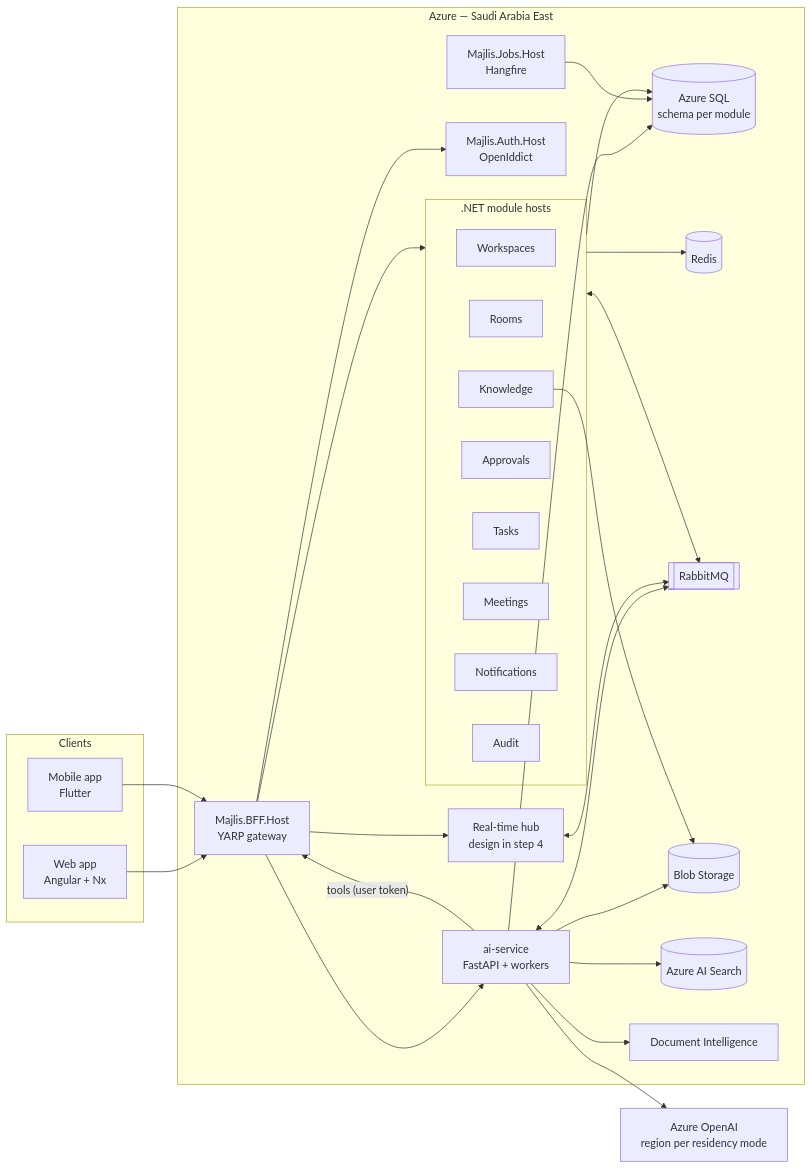
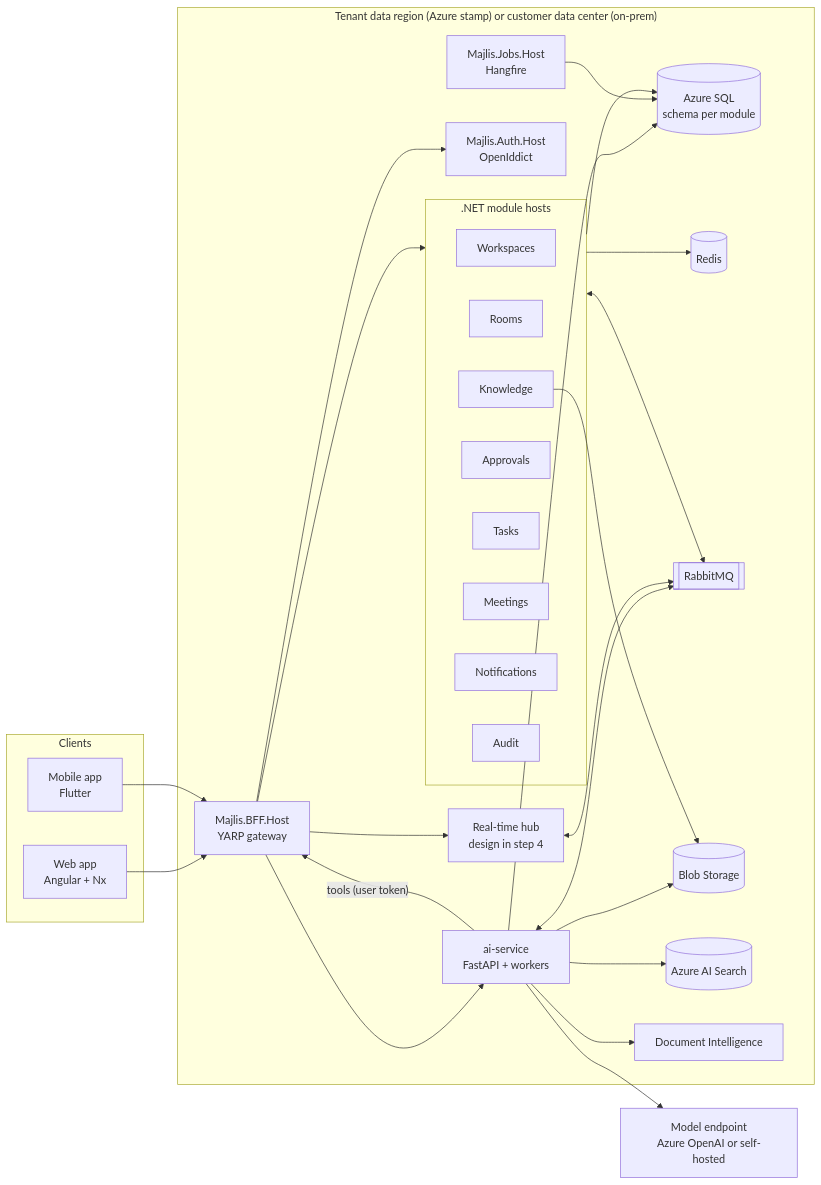
The first of 2 diagrams in docs/SRS.md (Alsllam/Majlis), drawn with Mermaid before and after one commit. The commit also changed other lines of this file and 9 other files, not shown here.

First line of the commit message:
Record product-owner decisions: any-country private customers, on-prem support, accepted architecture

````diff
--- a/docs/SRS.md
+++ b/docs/SRS.md
@@ -445,43 +449,43 @@
 ```mermaid
 flowchart LR
   subgraph Clients
     W[Web app<br/>Angular + Nx]
     M[Mobile app<br/>Flutter]
   end
-  subgraph KSA["Azure — Saudi Arabia East"]
+  subgraph KSA["Tenant data region (Azure stamp) or customer data center (on-prem)"]
     BFF[Majlis.BFF.Host<br/>YARP gateway]
     AUTH[Majlis.Auth.Host<br/>OpenIddict]
     RT[Real-time hub<br/>design in step 4]
     subgraph Modules[".NET module hosts"]
       WS[Workspaces]
       RM[Rooms]
       KN[Knowledge]
       AP[Approvals]
       TK[Tasks]
       MT[Meetings]
       NT[Notifications]
       AU[Audit]
     end
     JOBS[Majlis.Jobs.Host<br/>Hangfire]
     AI[ai-service<br/>FastAPI + workers]
     SQL[(Azure SQL<br/>schema per module)]
     REDIS[(Redis)]
     MQ[[RabbitMQ]]
     BLOB[(Blob Storage)]
     SRCH[(Azure AI Search)]
     DI[Document Intelligence]
   end
-  AOAI[Azure OpenAI<br/>region per residency mode]
+  AOAI[Model endpoint<br/>Azure OpenAI or self-hosted]
 
   W & M --> BFF
   BFF --> AUTH & RT & Modules & AI
   Modules --> SQL & REDIS
   Modules <--> MQ
   AI <--> MQ
   RT <--> MQ
   AI --> SRCH & BLOB & DI & SQL
   AI --> AOAI
   AI -- "tools (user token)" --> BFF
   KN --> BLOB
   JOBS --> SQL
 ```
````
